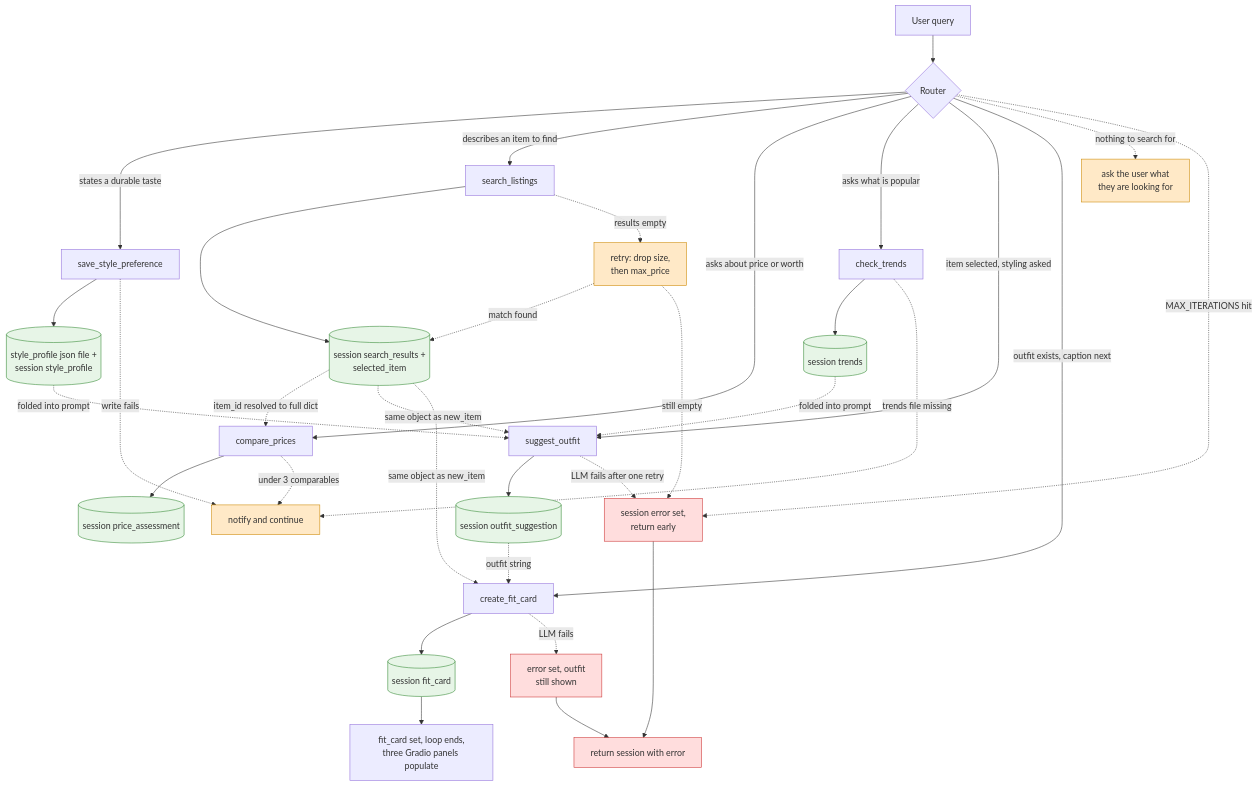
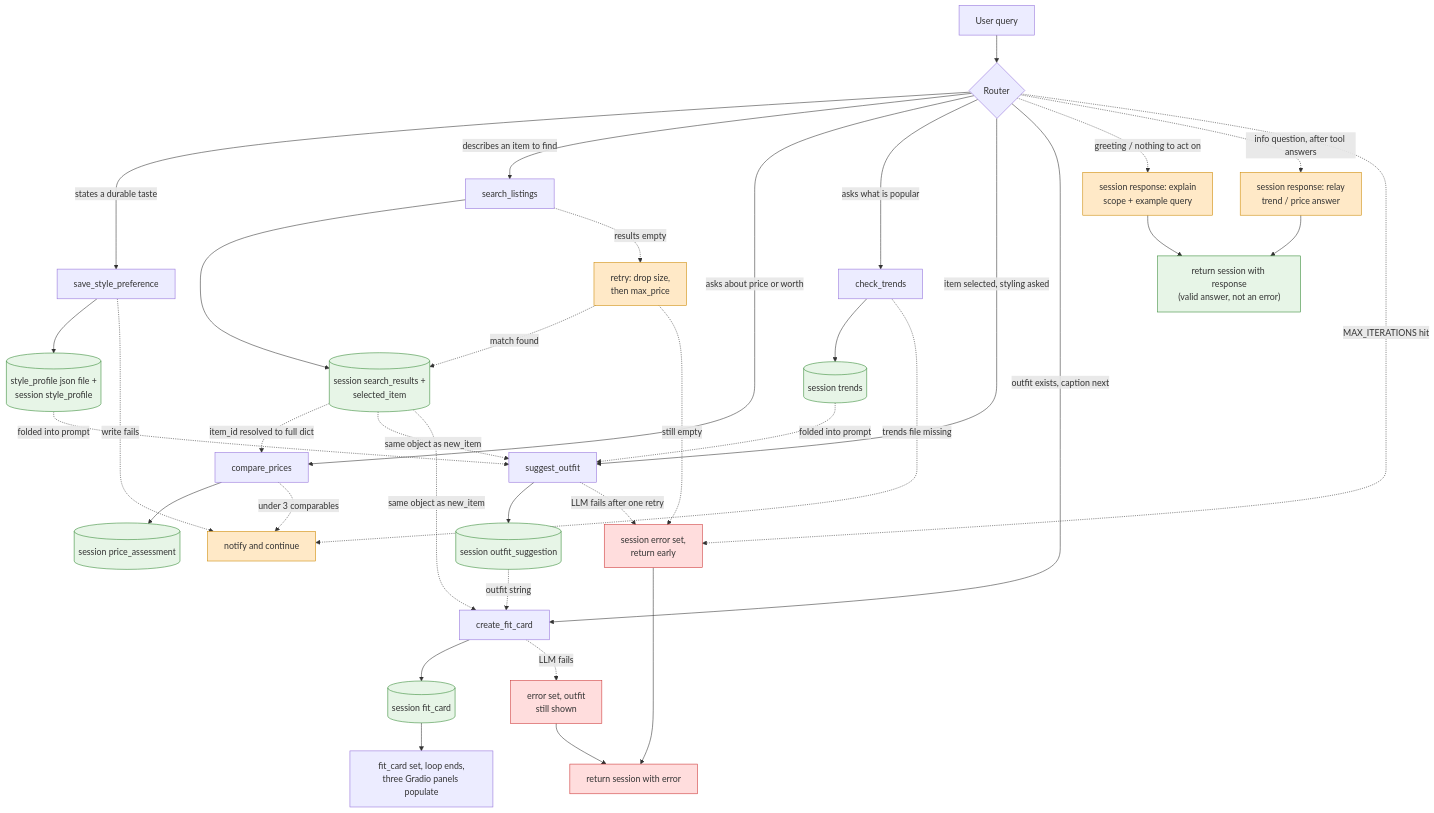
Before and after one commit to houdinii/ai201-project2-fitfindr-starter: the second of 2 diagrams in planning.md, drawn with Mermaid. The commit also changed other lines of this file and 9 other files, not shown here.

````diff
--- a/planning.md
+++ b/planning.md
@@ -294,52 +304,55 @@
 ```mermaid
 flowchart TD
       Q["User query"] --> R{"Router"}
 
       %% what triggers each tool
       R -->|"states a durable taste"| T1["save_style_preference"]
       R -->|"describes an item to find"| T2["search_listings"]
       R -->|"asks about price or worth"| T3["compare_prices"]
       R -->|"asks what is popular"| T4["check_trends"]
       R -->|"item selected, styling asked"| T5["suggest_outfit"]
       R -->|"outfit exists, caption next"| T6["create_fit_card"]
 
       %% what each tool writes
       T1 --> P[("style_profile json file +<br/>session style_profile")]
       T2 --> SR[("session search_results +<br/>selected_item")]
       T3 --> PA[("session price_assessment")]
       T4 --> TR[("session trends")]
       T5 --> OS[("session outfit_suggestion")]
       T6 --> FC[("session fit_card")]
 
       %% how state flows forward, injected by the executor
       SR -.->|"item_id resolved to full dict"| T3
       SR -.->|"same object as new_item"| T5
       SR -.->|"same object as new_item"| T6
       P -.->|"folded into prompt"| T5
       TR -.->|"folded into prompt"| T5
       OS -.->|"outfit string"| T6
 
-      %% error branches
-      R -.->|"nothing to search for"| A["ask the user what<br/>they are looking for"]
+      %% non-shoppable + error branches
+      R -.->|"greeting / nothing to act on"| A["session response: explain<br/>scope + example query"]
+      R -.->|"info question, after tool answers"| A2["session response: relay<br/>trend / price answer"]
       R -.->|"MAX_ITERATIONS hit"| E["session error set,<br/>return early"]
       T2 -.->|"results empty"| RT["retry: drop size,<br/>then max_price"]
       RT -.->|"match found"| SR
       RT -.->|"still empty"| E
       T5 -.->|"LLM fails after one retry"| E
       T6 -.->|"LLM fails"| E2["error set, outfit<br/>still shown"]
       T1 -.->|"write fails"| C["notify and continue"]
       T3 -.->|"under 3 comparables"| C
       T4 -.->|"trends file missing"| C
 
       %% endings
       FC --> DONE["fit_card set, loop ends,<br/>three Gradio panels populate"]
+      A --> RESP["return session with response<br/>(valid answer, not an error)"]
+      A2 --> RESP
       E --> OUT["return session with error"]
       E2 --> OUT
 
       classDef err fill:#fdd,stroke:#c33
       classDef soft fill:#ffe9c7,stroke:#c80
       classDef store fill:#e7f5e7,stroke:#383
       class E,E2,OUT err
-      class A,C,RT soft
-      class P,SR,PA,TR,OS,FC store
+      class A,A2,C,RT soft
+      class P,SR,PA,TR,OS,FC,RESP store
 ```
````
